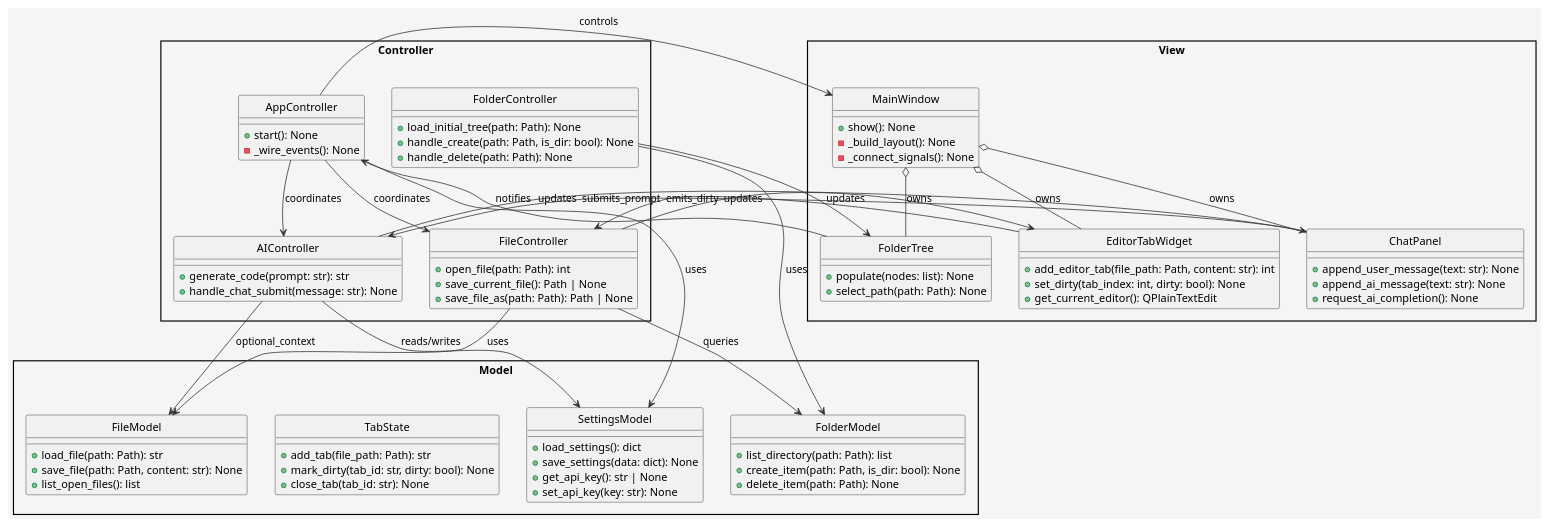
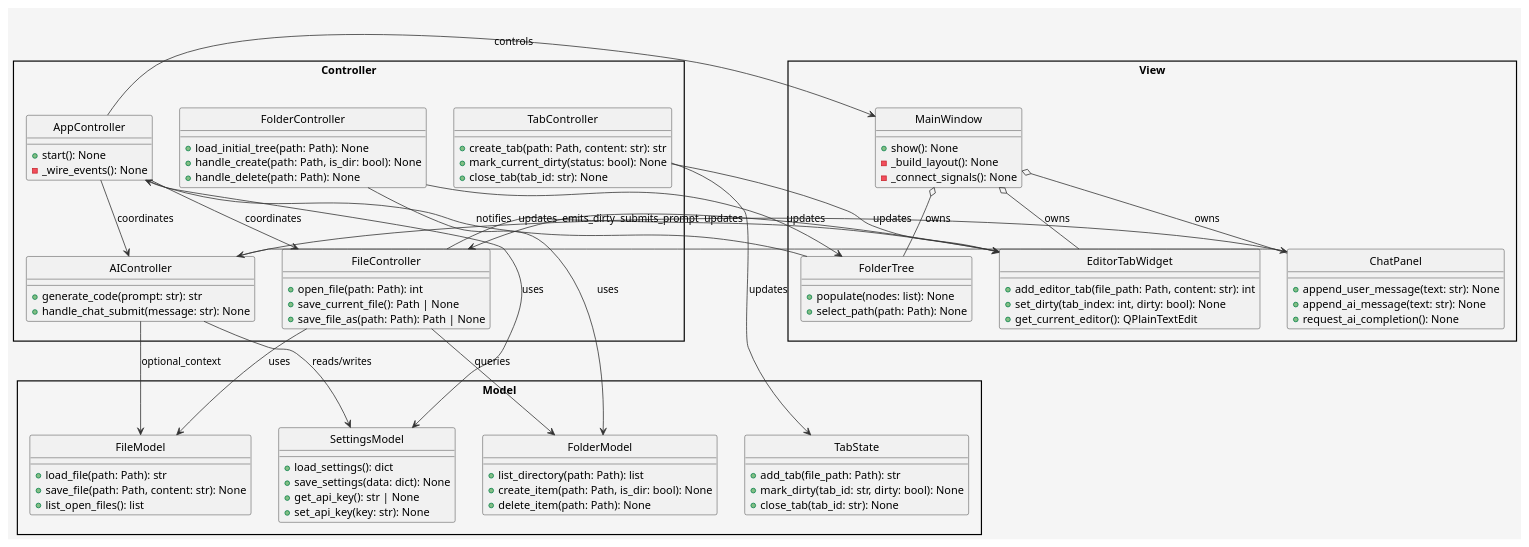
Before and after one commit to tt2tt/my_editor: the diagram in design/architecture.puml, drawn with PlantUML. The commit also changed 4 other files, not shown here.

```diff
--- a/design/architecture.puml
+++ b/design/architecture.puml
@@ -1,109 +1,117 @@
 @startuml ArchitectureDiagram
 ' MVC構造のクラス図。ControllerがModelとView間の仲介を行う。
 skinparam style strictuml
 skinparam packageStyle rectangle
 skinparam backgroundColor #f5f5f5
 skinparam ArrowColor #333333
 skinparam ArrowThickness 1
 skinparam defaultTextAlignment center
 
 package "Model" {
   class FileModel {
     +load_file(path: Path): str
     +save_file(path: Path, content: str): None
     +list_open_files(): list
   }
 
   class FolderModel {
     +list_directory(path: Path): list
     +create_item(path: Path, is_dir: bool): None
     +delete_item(path: Path): None
   }
 
   class TabState {
     +add_tab(file_path: Path): str
     +mark_dirty(tab_id: str, dirty: bool): None
     +close_tab(tab_id: str): None
   }
 
   class SettingsModel {
     +load_settings(): dict
     +save_settings(data: dict): None
     +get_api_key(): str | None
     +set_api_key(key: str): None
   }
 }
 
 package "View" {
   class MainWindow {
     +show(): None
     -_build_layout(): None
     -_connect_signals(): None
   }
 
   class EditorTabWidget {
     +add_editor_tab(file_path: Path, content: str): int
     +set_dirty(tab_index: int, dirty: bool): None
     +get_current_editor(): QPlainTextEdit
   }
 
   class FolderTree {
     +populate(nodes: list): None
     +select_path(path: Path): None
   }
 
   class ChatPanel {
     +append_user_message(text: str): None
     +append_ai_message(text: str): None
     +request_ai_completion(): None
   }
 }
 
 package "Controller" {
   class AppController {
     +start(): None
     -_wire_events(): None
   }
 
   class FileController {
     +open_file(path: Path): int
     +save_current_file(): Path | None
     +save_file_as(path: Path): Path | None
   }
 
   class FolderController {
     +load_initial_tree(path: Path): None
     +handle_create(path: Path, is_dir: bool): None
     +handle_delete(path: Path): None
   }
 
+  class TabController {
+    +create_tab(path: Path, content: str): str
+    +mark_current_dirty(status: bool): None
+    +close_tab(tab_id: str): None
+  }
+
   class AIController {
     +generate_code(prompt: str): str
     +handle_chat_submit(message: str): None
   }
 }
 
 AppController --> MainWindow : controls
 AppController --> FileController : coordinates
 AppController --> AIController : coordinates
 AppController --> SettingsModel : uses
 
 FileController --> FileModel : uses
 FileController --> EditorTabWidget : updates
 FileController --> FolderModel : queries
 FolderController --> FolderModel : uses
 FolderController --> FolderTree : updates
+TabController --> TabState : updates
+TabController --> EditorTabWidget : updates
 
 AIController --> ChatPanel : updates
 AIController --> SettingsModel : reads/writes
 AIController --> FileModel : optional_context
 
 MainWindow o-- EditorTabWidget : owns
 MainWindow o-- FolderTree : owns
 MainWindow o-- ChatPanel : owns
 
 FolderTree --> AppController : notifies
 EditorTabWidget --> FileController : emits_dirty
 ChatPanel --> AIController : submits_prompt
 
 @enduml
```
